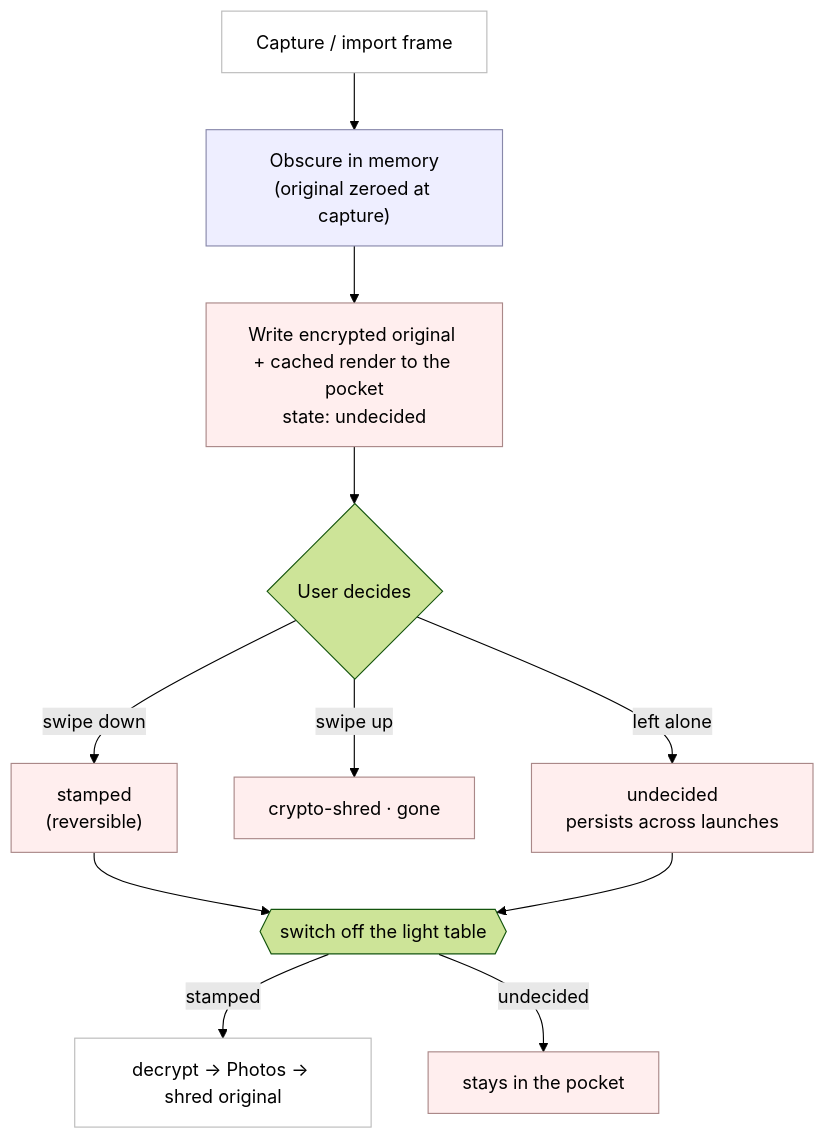
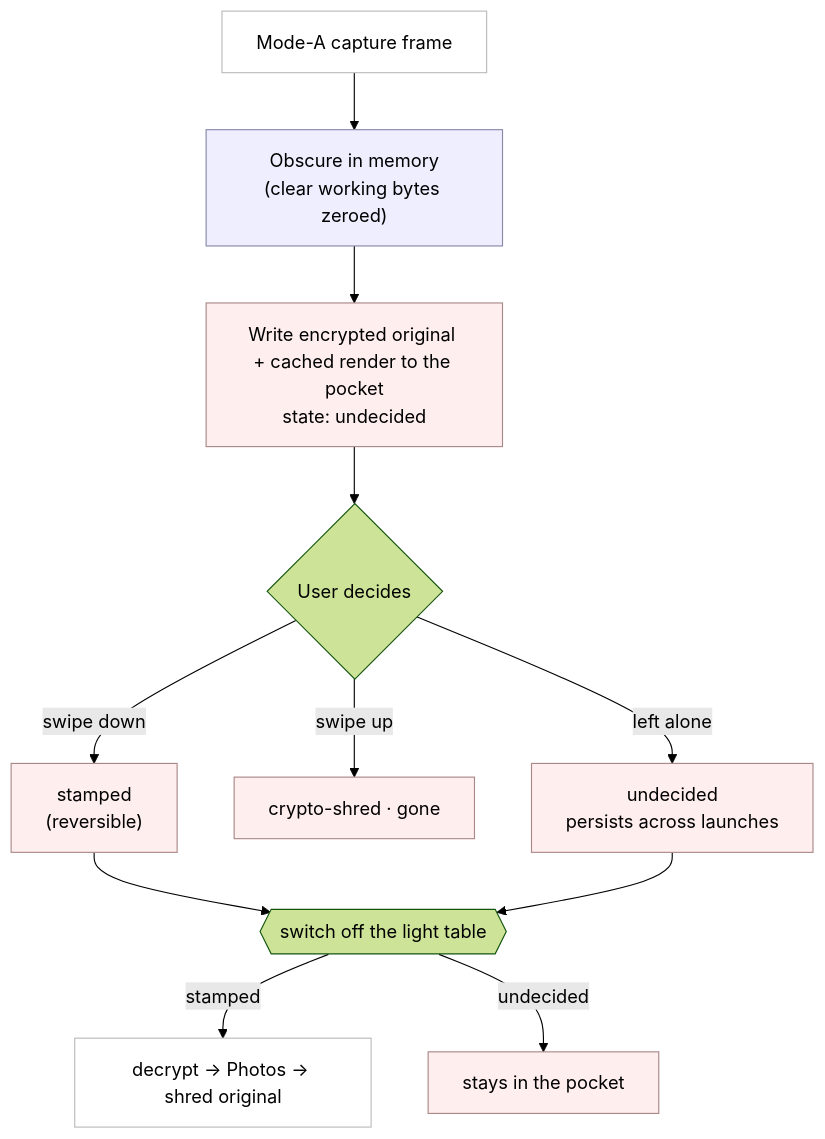
Before and after one commit to carlheinmostert/myclick-protocol: the seventh of 10 diagrams in PROTOCOL.md, drawn with Mermaid (forest theme). The commit also changed other lines of this file, not shown here.

````diff
--- a/PROTOCOL.md
+++ b/PROTOCOL.md
@@ -916,20 +1032,20 @@
 ```mermaid
 flowchart TB
-    cap["Capture / import frame"] --> obs["Obscure in memory<br/>(original zeroed at capture)"]
+    cap["Mode-A capture frame"] --> obs["Obscure in memory<br/>(clear working bytes zeroed)"]
     obs --> put["Write encrypted original + cached render to the pocket<br/>state: undecided"]
     put --> dec{"User decides"}
     dec -->|swipe down| st["stamped<br/>(reversible)"]
     dec -->|swipe up| sh["crypto-shred · gone"]
     dec -->|left alone| un["undecided<br/>persists across launches"]
     st --> off{{"switch off the light table"}}
     un --> off
     off -->|stamped| save["decrypt → Photos → shred original"]
     off -->|undecided| keep["stays in the pocket"]
 
     classDef mem fill:#eef,stroke:#88a,color:#000;
     classDef disk fill:#fee,stroke:#a88,color:#000;
     classDef plain fill:#fff,stroke:#bbb,color:#000;
     class obs mem;
     class put,st,un,sh,keep disk;
     class cap,save plain;
 ```
````
